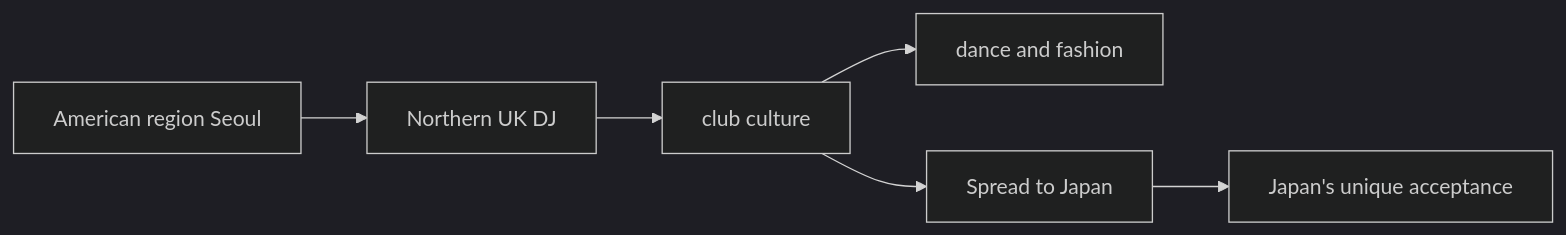
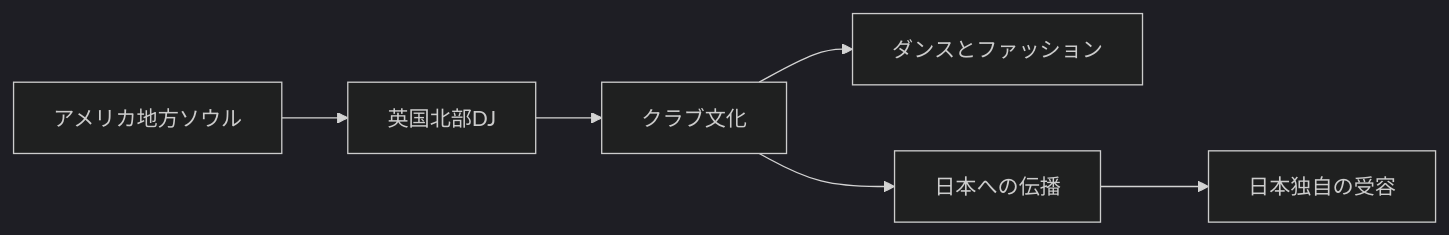
One commit to monumental-movement/monumental-movement.github.io changed the second of 2 diagrams in en/_posts/2026-01-16-column-northern-soul.md. Above: the diagram before and after it, drawn with Mermaid (dark theme). The commit also changed other lines of this file and 2196 other files, not shown here.

```diff
--- a/en/_posts/2026-01-16-column-northern-soul.md
+++ b/en/_posts/2026-01-16-column-northern-soul.md
@@ -156,8 +156,8 @@
 <div class="mermaid">
 graph LR
-A[American region Seoul] --> B[Northern UK DJ]
-B --> C[club culture]
-C --> D[dance and fashion]
-C --> E[Spread to Japan]
-E --> F[Japan's unique acceptance]
+A[アメリカ地方ソウル] --> B[英国北部DJ]
+B --> C[クラブ文化]
+C --> D[ダンスとファッション]
+C --> E[日本への伝播]
+E --> F[日本独自の受容]
 </div>
```
